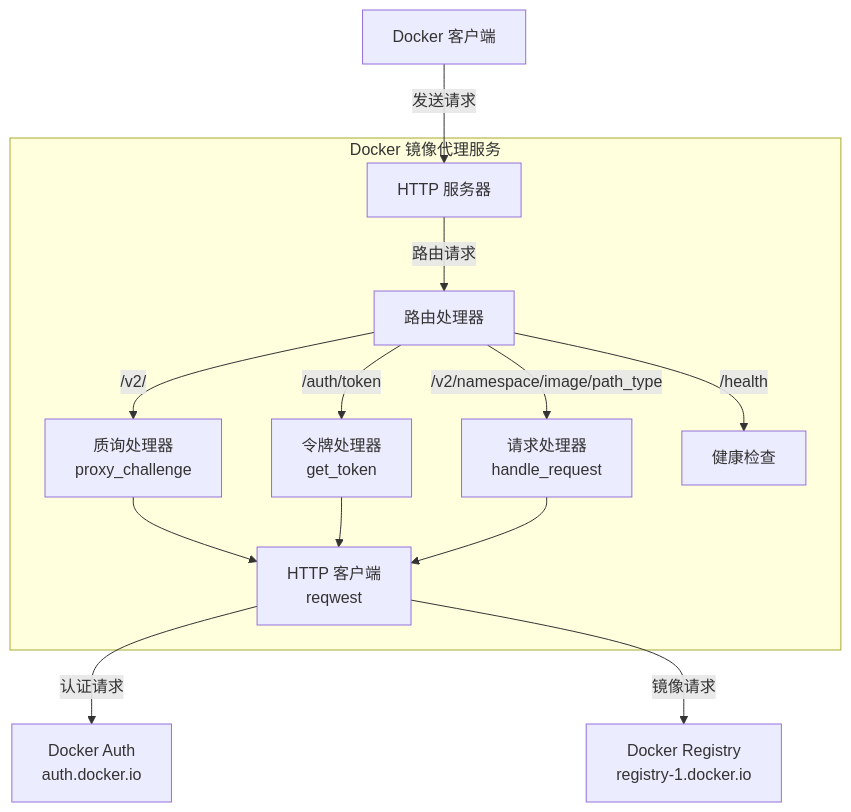
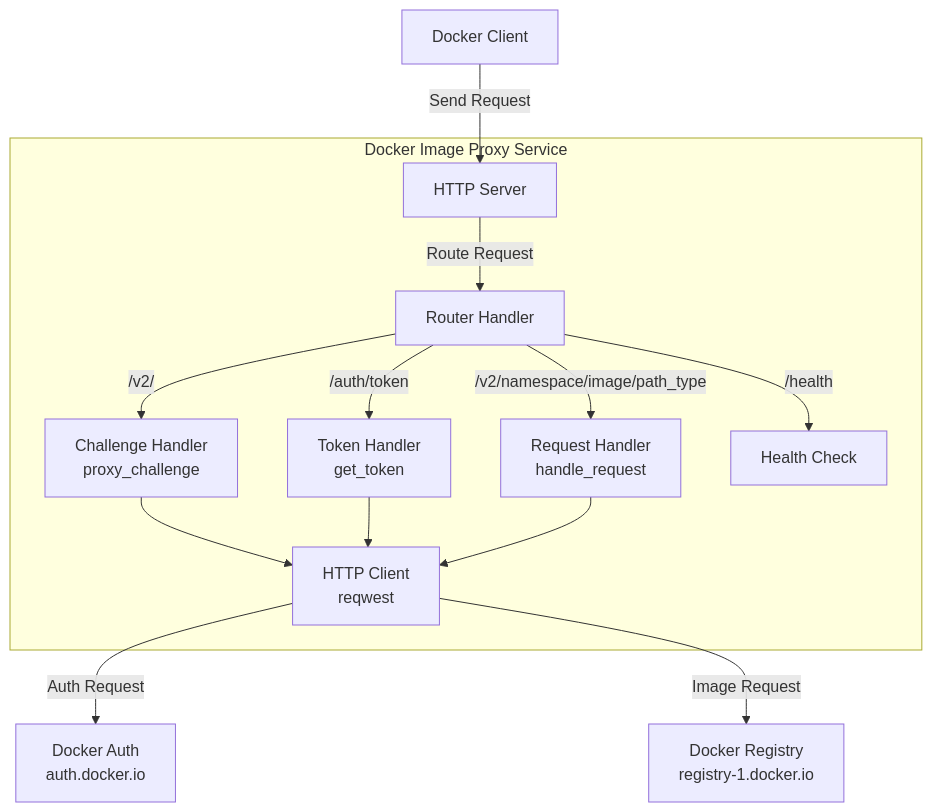
Before and after one commit to harrisonwang/docxy: the first of 3 diagrams in README.md, drawn with Mermaid. The commit also changed other lines of this file and 6 other files, not shown here.

````diff
--- a/README.md
+++ b/README.md
@@ -59,23 +69,23 @@
 ```mermaid
 graph TD
-    Client[Docker 客户端] -->|发送请求| HttpServer[HTTP 服务器]
+    Client[Docker Client] -->|Send Request| HttpServer[HTTP Server]
     
-    subgraph "Docker 镜像代理服务"
-        HttpServer -->|路由请求| RouterHandler[路由处理器]
+    subgraph "Docker Image Proxy Service"
+        HttpServer -->|Route Request| RouterHandler[Router Handler]
         
-        RouterHandler -->|/v2/| ChallengeHandler[质询处理器<br>proxy_challenge]
-        RouterHandler -->|/auth/token| TokenHandler[令牌处理器<br>get_token]
-        RouterHandler -->|/v2/namespace/image/path_type| RequestHandler[请求处理器<br>handle_request]
-        RouterHandler -->|/health| HealthCheck[健康检查]
+        RouterHandler -->|/v2/| ChallengeHandler[Challenge Handler<br>proxy_challenge]
+        RouterHandler -->|/auth/token| TokenHandler[Token Handler<br>get_token]
+        RouterHandler -->|/v2/namespace/image/path_type| RequestHandler[Request Handler<br>handle_request]
+        RouterHandler -->|/health| HealthCheck[Health Check]
         
         ChallengeHandler --> HttpClient
         TokenHandler --> HttpClient
         RequestHandler --> HttpClient
         
     end
     
-    HttpClient[HTTP 客户端<br>reqwest]
+    HttpClient[HTTP Client<br>reqwest]
     
-    HttpClient -->|认证请求| DockerAuth[Docker Auth<br>auth.docker.io]
-    HttpClient -->|镜像请求| DockerRegistry[Docker Registry<br>registry-1.docker.io]
+    HttpClient -->|Auth Request| DockerAuth[Docker Auth<br>auth.docker.io]
+    HttpClient -->|Image Request| DockerRegistry[Docker Registry<br>registry-1.docker.io]
 ```
````
